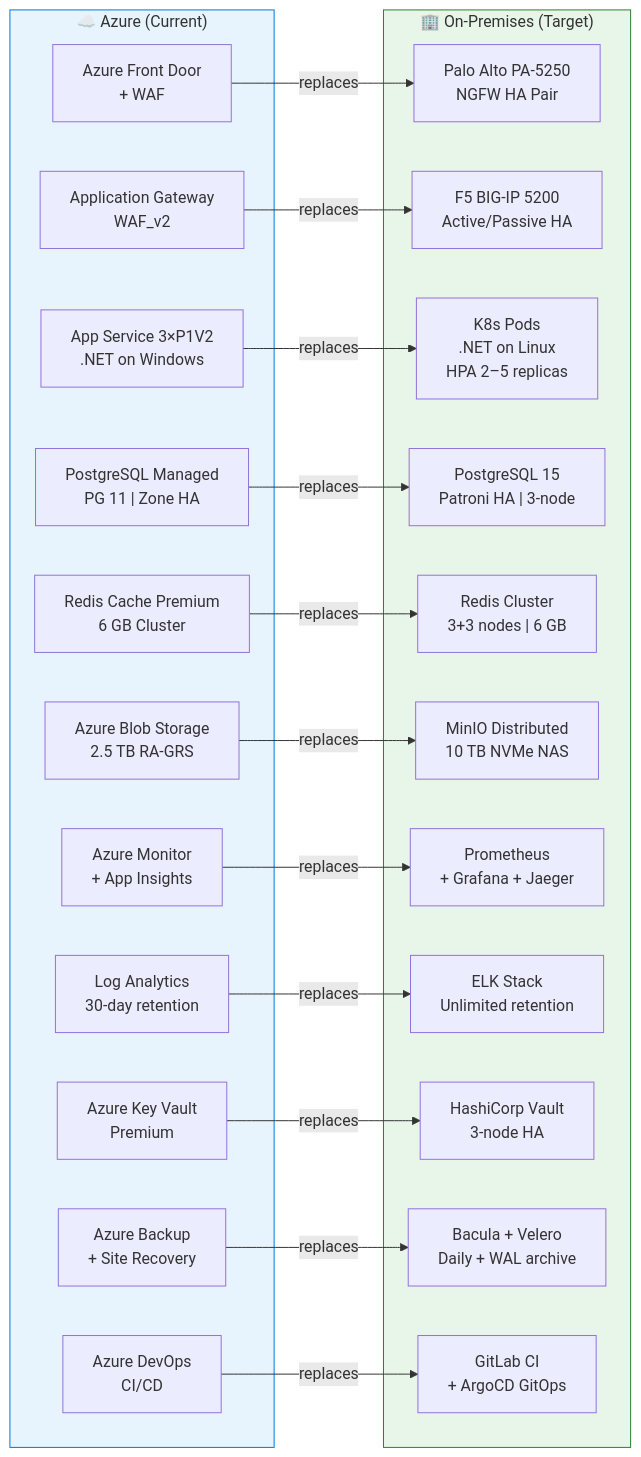
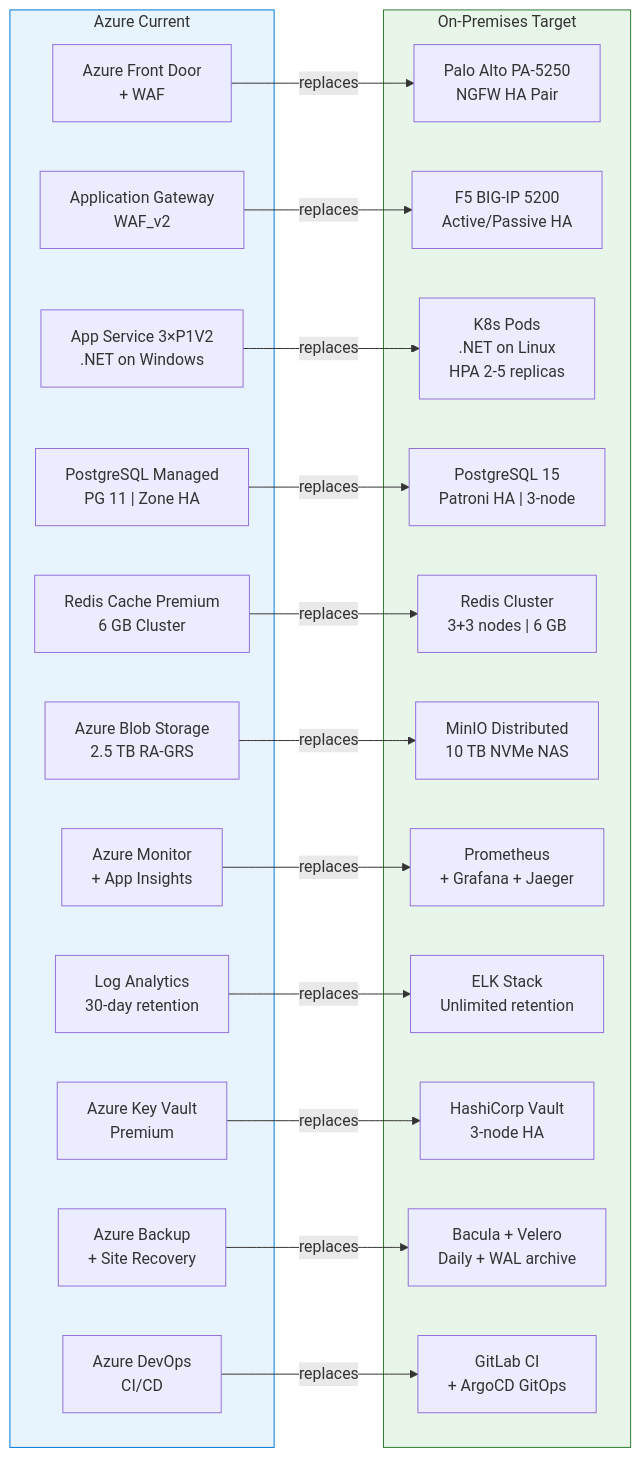
The second of 3 diagrams in docs/Volume-1-Executive-Architecture/05-OnPrem-Architecture-Visual.md (Shasi19/Azure-VxRail-VMware-Migration), drawn with Mermaid before and after one commit. The commit also changed other lines of this file and 7 other files, not shown here.

First line of the commit message:
Fix Mermaid render issues: simplify complex diagrams, remove emoji from labels, fix special chars

````diff
--- a/docs/Volume-1-Executive-Architecture/05-OnPrem-Architecture-Visual.md
+++ b/docs/Volume-1-Executive-Architecture/05-OnPrem-Architecture-Visual.md
@@ -132,45 +92,45 @@
 ```mermaid
 graph LR
-    subgraph AZURE_COL["☁️ Azure (Current)"]
+    subgraph AZURE_COL["Azure Current"]
         AZ1["Azure Front Door\n+ WAF"]
         AZ2["Application Gateway\nWAF_v2"]
         AZ3["App Service 3×P1V2\n.NET on Windows"]
         AZ4["PostgreSQL Managed\nPG 11 | Zone HA"]
         AZ5["Redis Cache Premium\n6 GB Cluster"]
         AZ6["Azure Blob Storage\n2.5 TB RA-GRS"]
         AZ7["Azure Monitor\n+ App Insights"]
         AZ8["Log Analytics\n30-day retention"]
         AZ9["Azure Key Vault\nPremium"]
         AZ10["Azure Backup\n+ Site Recovery"]
         AZ11["Azure DevOps\nCI/CD"]
     end
 
-    subgraph ONPREM_COL["🏢 On-Premises (Target)"]
+    subgraph ONPREM_COL["On-Premises Target"]
         OP1["Palo Alto PA-5250\nNGFW HA Pair"]
         OP2["F5 BIG-IP 5200\nActive/Passive HA"]
-        OP3["K8s Pods\n.NET on Linux\nHPA 2–5 replicas"]
+        OP3["K8s Pods\n.NET on Linux\nHPA 2-5 replicas"]
         OP4["PostgreSQL 15\nPatroni HA | 3-node"]
         OP5["Redis Cluster\n3+3 nodes | 6 GB"]
         OP6["MinIO Distributed\n10 TB NVMe NAS"]
         OP7["Prometheus\n+ Grafana + Jaeger"]
         OP8["ELK Stack\nUnlimited retention"]
         OP9["HashiCorp Vault\n3-node HA"]
         OP10["Bacula + Velero\nDaily + WAL archive"]
         OP11["GitLab CI\n+ ArgoCD GitOps"]
     end
 
     AZ1 -->|replaces| OP1
     AZ2 -->|replaces| OP2
     AZ3 -->|replaces| OP3
     AZ4 -->|replaces| OP4
     AZ5 -->|replaces| OP5
     AZ6 -->|replaces| OP6
     AZ7 -->|replaces| OP7
     AZ8 -->|replaces| OP8
     AZ9 -->|replaces| OP9
     AZ10 -->|replaces| OP10
     AZ11 -->|replaces| OP11
 
     style AZURE_COL fill:#e8f4fd,stroke:#0078D4
     style ONPREM_COL fill:#e8f5e9,stroke:#2e7d32
 ```
````
